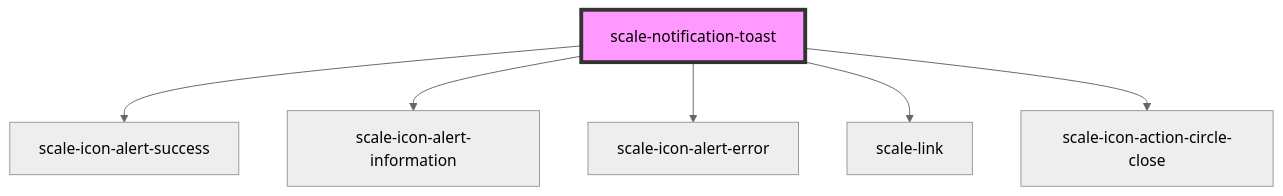
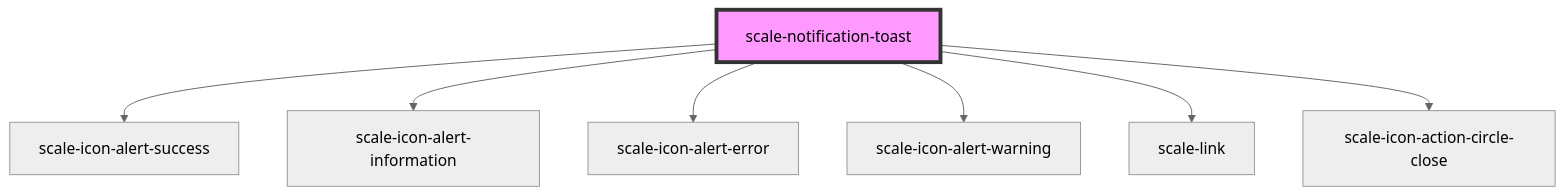
One commit to telekom/scale changed the diagram in packages/components/src/components/notification-toast/readme.md. Above: the diagram before and after it, drawn with Mermaid (neutral theme). The commit also changed other lines of this file and 15 other files, not shown here.

Commit message:
refactor: swap warning and error icon in notifications

````diff
--- a/packages/components/src/components/notification-toast/readme.md
+++ b/packages/components/src/components/notification-toast/readme.md
@@ -57,9 +58,10 @@
 ```mermaid
 graph TD;
   scale-notification-toast --> scale-icon-alert-success
   scale-notification-toast --> scale-icon-alert-information
   scale-notification-toast --> scale-icon-alert-error
+  scale-notification-toast --> scale-icon-alert-warning
   scale-notification-toast --> scale-link
   scale-notification-toast --> scale-icon-action-circle-close
   style scale-notification-toast fill:#f9f,stroke:#333,stroke-width:4px
 ```
````
